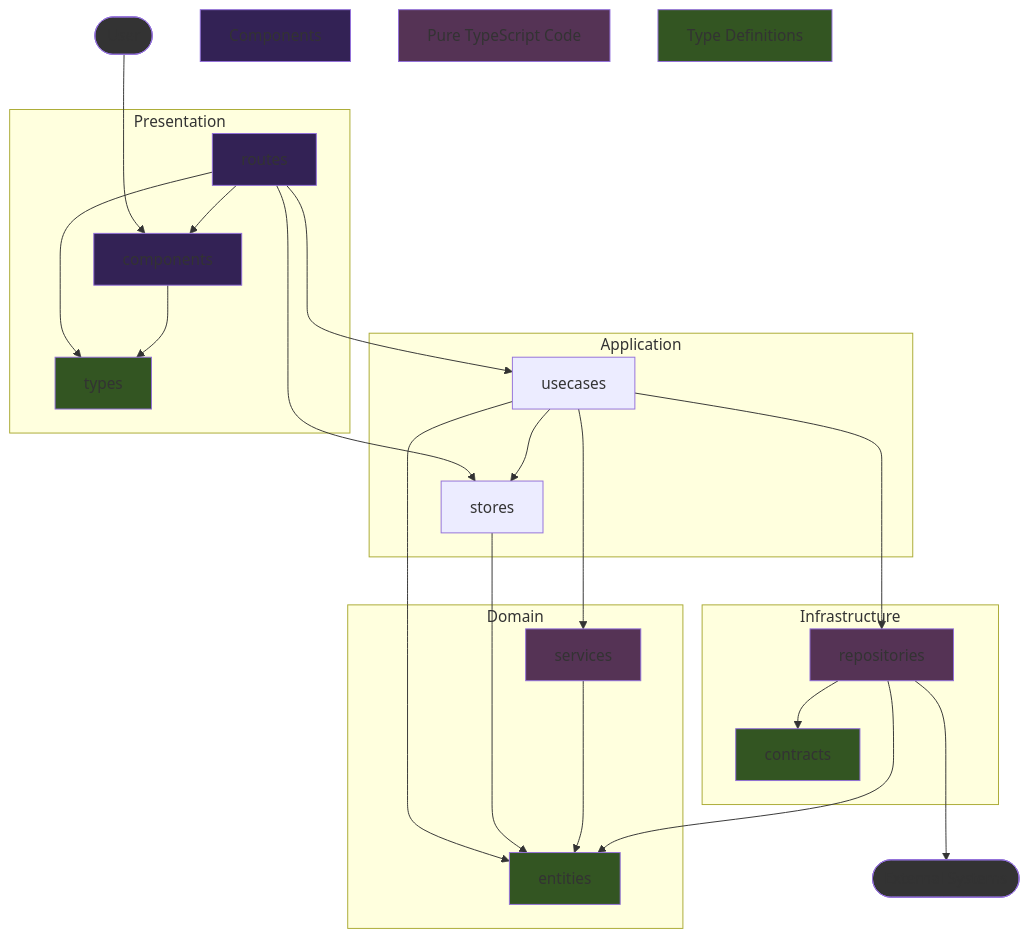
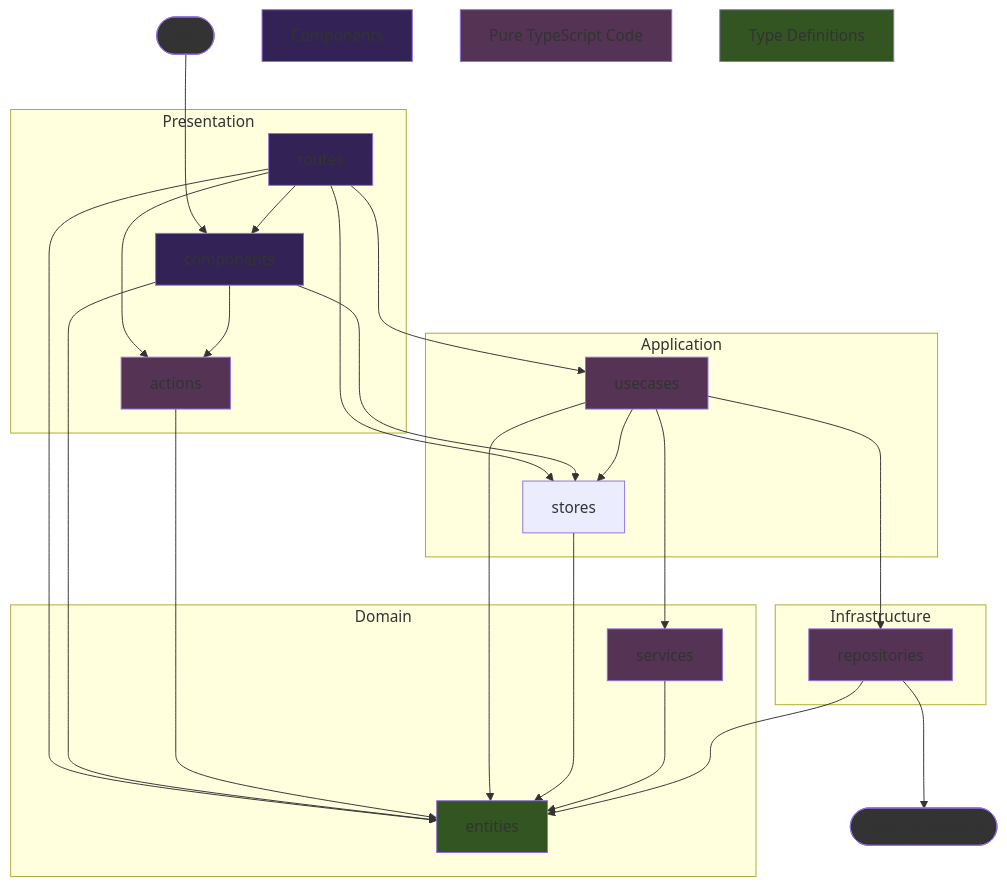
The first of 2 diagrams in doc/technical_specifications.md (k5n/kotonoha), drawn with Mermaid before and after one commit. The commit also changed other lines of this file and 2 other files, not shown here.

Commit message:
docs: update dependency graph and technical specifications to include TTS voice handling components

````diff
--- a/doc/technical_specifications.md
+++ b/doc/technical_specifications.md
@@ -89,52 +89,54 @@
 ```mermaid
 graph TD
     classDef cssTypes fill:#352;
     classDef cssComponents fill:#325;
     classDef cssPure fill:#535;
     classDef cssExternal fill:#333;
     
     User([User]):::cssExternal
 
     subgraph Presentation
         components[components]:::cssComponents
         routes[routes]:::cssComponents
-        types[types]:::cssTypes
+        actions[actions]:::cssPure
     end
 
     subgraph Application
-        usecases[usecases]
+        usecases[usecases]:::cssPure
         stores[stores]
     end
 
     subgraph Domain
         entities[entities]:::cssTypes
         services[services]:::cssPure
     end
 
     subgraph Infrastructure
-        contracts[contracts]:::cssTypes
         repositories[repositories]:::cssPure
     end
 
     ExternalSystems([External Systems]):::cssExternal
 
     User ---> components
     routes --> components
     routes ---> usecases
     routes ---> stores
-    routes --> types
-    components --> types
+    routes ---> actions
+    routes ---> entities
+    components --> actions
+    components ---> stores
+    components ---> entities
+    actions ---> entities
     usecases --> entities
     usecases --> stores
     usecases ---> services
     usecases ---> repositories
     stores ---> entities
     services ---> entities
     repositories ---> entities
-    repositories --> contracts
     repositories ---> ExternalSystems
 
     Components:::cssComponents
     PureTypeScript[Pure TypeScript Code]:::cssPure
     TypeDefinitions[Type Definitions]:::cssTypes
 ```
````
